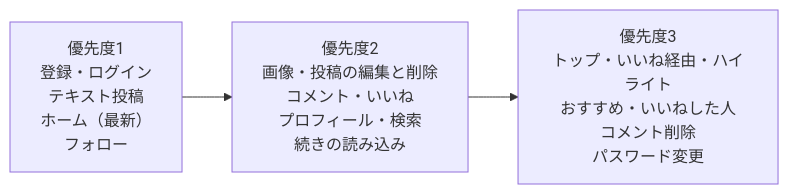
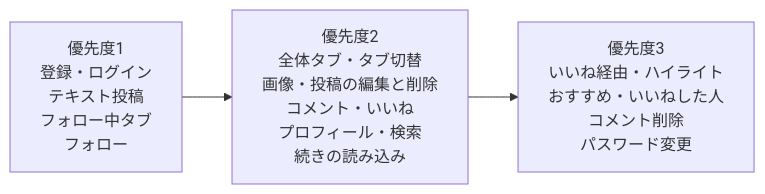
One commit to major182/RaiseTimeline changed the diagram in docs/01-1_feature-list.md. Above: the diagram before and after it, drawn with Mermaid. The commit also changed other lines of this file and 3 other files, not shown here.

````diff
--- a/docs/01-1_feature-list.md
+++ b/docs/01-1_feature-list.md
@@ -130,5 +136,5 @@
 ```mermaid
 flowchart LR
-    A[優先度1<br/>登録・ログイン<br/>テキスト投稿<br/>ホーム（最新）<br/>フォロー] --> B[優先度2<br/>画像・投稿の編集と削除<br/>コメント・いいね<br/>プロフィール・検索<br/>続きの読み込み]
-    B --> C[優先度3<br/>トップ・いいね経由・ハイライト<br/>おすすめ・いいねした人<br/>コメント削除<br/>パスワード変更]
+    A[優先度1<br/>登録・ログイン<br/>テキスト投稿<br/>フォロー中タブ<br/>フォロー] --> B[優先度2<br/>全体タブ・タブ切替<br/>画像・投稿の編集と削除<br/>コメント・いいね<br/>プロフィール・検索<br/>続きの読み込み]
+    B --> C[優先度3<br/>いいね経由・ハイライト<br/>おすすめ・いいねした人<br/>コメント削除<br/>パスワード変更]
 ```
````
